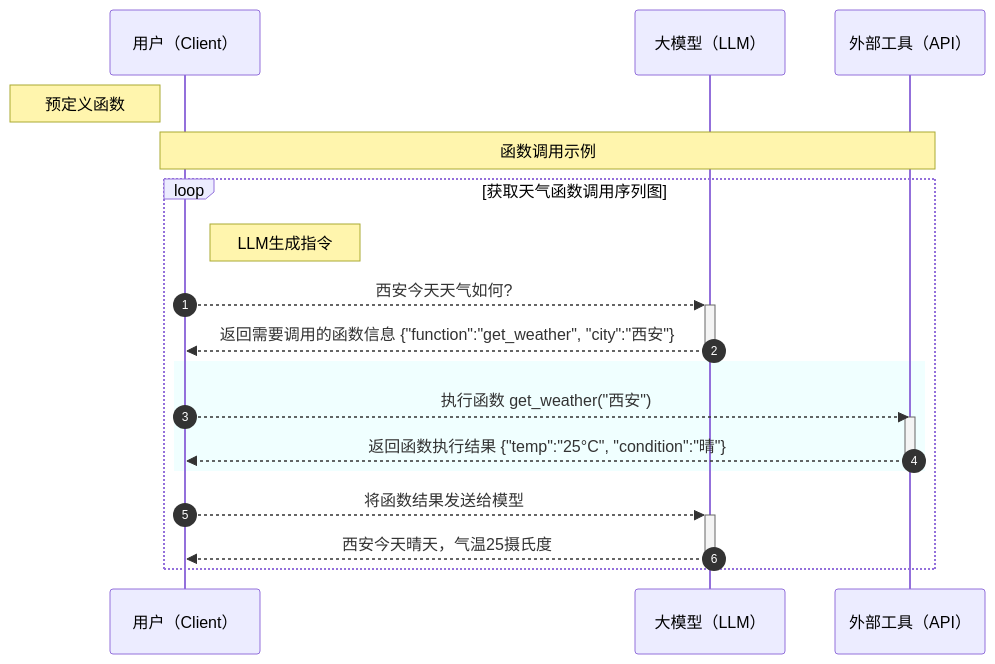
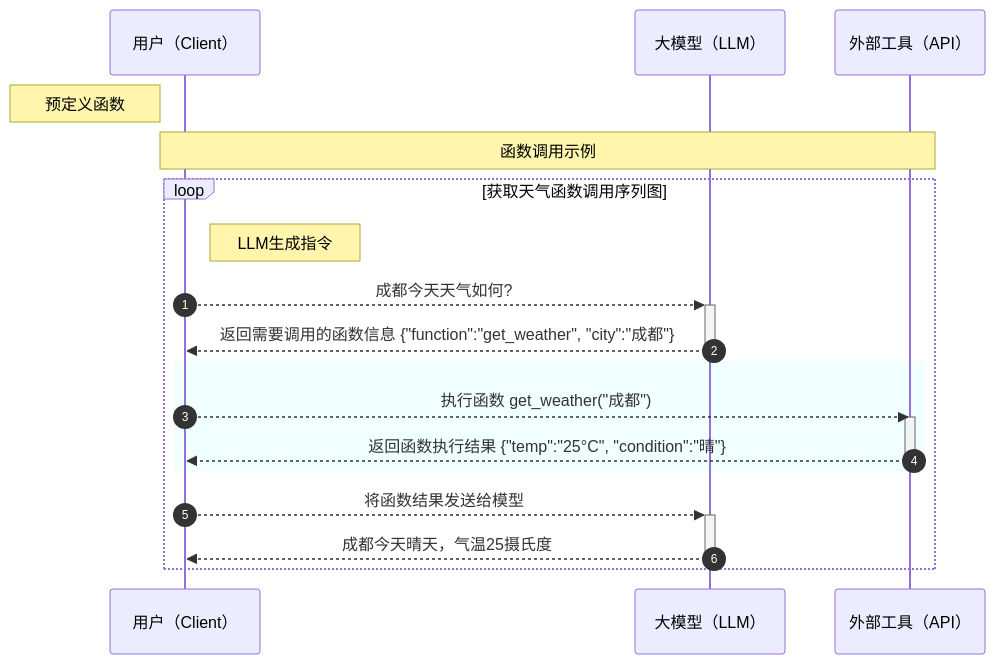
One commit to 0x00t0x7f/misc-notes changed the second of 2 diagrams in LLM概念.md. Above: the diagram before and after it, drawn with Mermaid. The commit also changed other lines of this file, not shown here.

````diff
--- a/LLM概念.md
+++ b/LLM概念.md
@@ -160,24 +160,24 @@
 ```mermaid
 sequenceDiagram
     autonumber
     participant A as 用户（Client）
     participant B as 大模型（LLM）
     participant C as 外部工具（API）
 
     %% 可以直接用别名替代
     Note left of A: 预定义函数
     Note over A, C: 函数调用示例
     loop 获取天气函数调用序列图
         Note right of A: LLM生成指令
-        A -->>+ B: 西安今天天气如何?
-        B -->>- A: 返回需要调用的函数信息 {"function":"get_weather", "city":"西安"}
+        A -->>+ B: 成都今天天气如何?
+        B -->>- A: 返回需要调用的函数信息 {"function":"get_weather", "city":"成都"}
         rect rgb(240, 255, 255)
-        A -->> C: 执行函数 get_weather("西安")
+        A -->> C: 执行函数 get_weather("成都")
         activate C
         C -->> A: 返回函数执行结果 {"temp":"25°C", "condition":"晴"}
         deactivate C
         end
         A -->>+ B: 将函数结果发送给模型
-        B -->>- A: 西安今天晴天，气温25摄氏度
+        B -->>- A: 成都今天晴天，气温25摄氏度
     end
 ```
````
